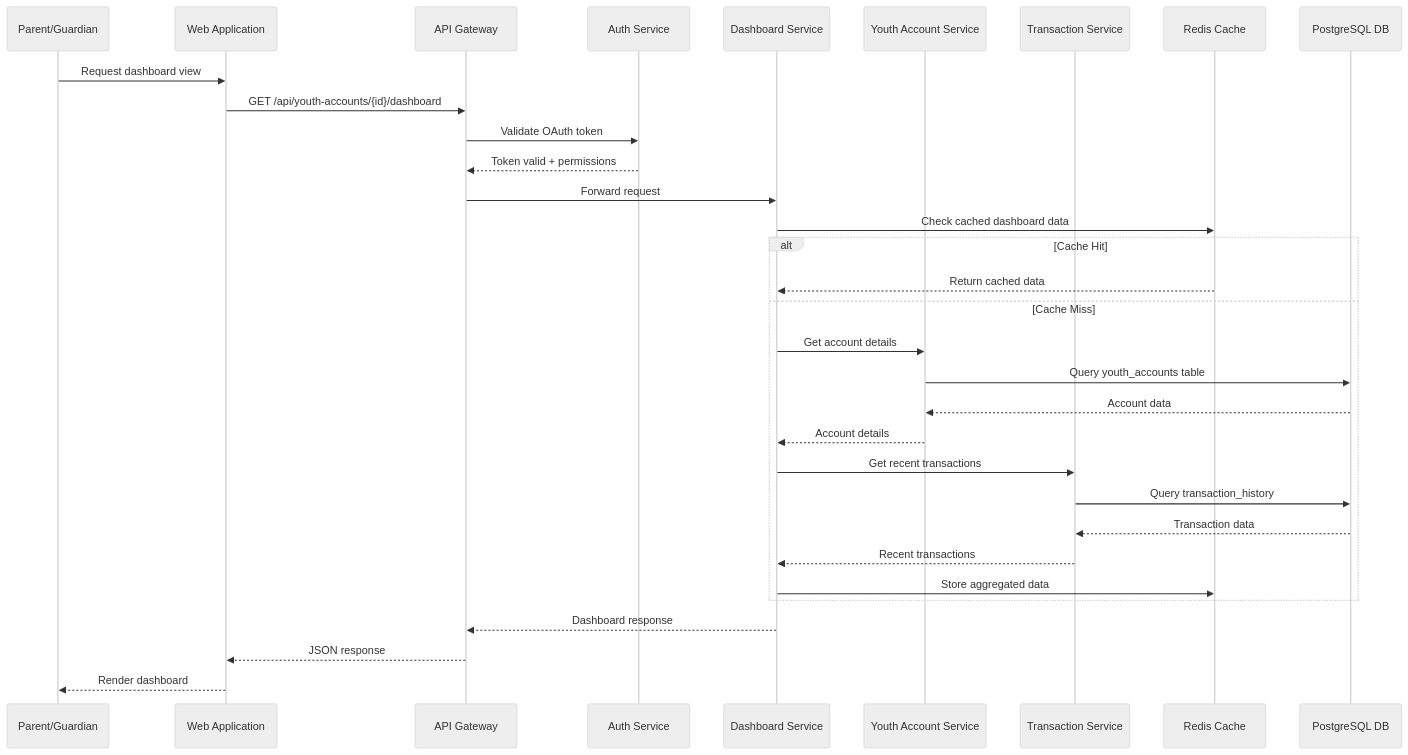
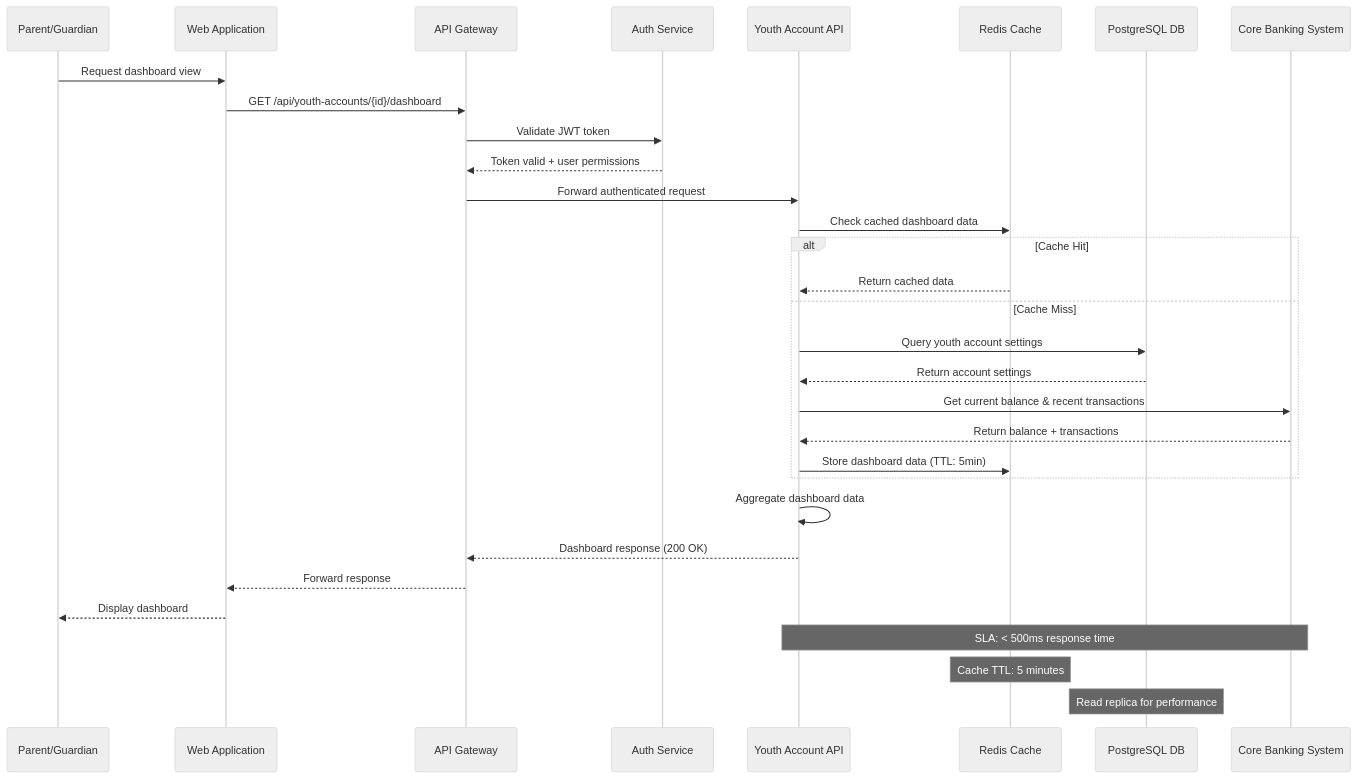
One commit to ThapaswiASC/SCIB-INCEPTION-PHASE-DEMO changed the first of 6 diagrams in API Development/Components and Sequence Diagrams/sequence_diagram.md. Above: the diagram before and after it, drawn with Mermaid (neutral theme). The commit also changed other lines of this file and 1 other file, not shown here.

````diff
--- a/API Development/Components and Sequence Diagrams/sequence_diagram.md
+++ b/API Development/Components and Sequence Diagrams/sequence_diagram.md
@@ -9,39 +11,37 @@
 ```mermaid
 sequenceDiagram
     participant Parent as Parent/Guardian
     participant WebApp as Web Application
-    participant APIGateway as API Gateway
-    participant AuthService as Auth Service
-    participant DashboardService as Dashboard Service
-    participant YouthService as Youth Account Service
-    participant TransactionService as Transaction Service
+    participant Gateway as API Gateway
+    participant AuthSvc as Auth Service
+    participant YouthAPI as Youth Account API
     participant Cache as Redis Cache
-    participant Database as PostgreSQL DB
-
+    participant DB as PostgreSQL DB
+    participant CoreBank as Core Banking System
+    
     Parent->>WebApp: Request dashboard view
-    WebApp->>APIGateway: GET /api/youth-accounts/{id}/dashboard
-    APIGateway->>AuthService: Validate OAuth token
-    AuthService-->>APIGateway: Token valid + permissions
-    APIGateway->>DashboardService: Forward request
+    WebApp->>Gateway: GET /api/youth-accounts/{id}/dashboard
+    Gateway->>AuthSvc: Validate JWT token
+    AuthSvc-->>Gateway: Token valid + user permissions
+    Gateway->>YouthAPI: Forward authenticated request
     
-    DashboardService->>Cache: Check cached dashboard data
+    YouthAPI->>Cache: Check cached dashboard data
     alt Cache Hit
-        Cache-->>DashboardService: Return cached data
+        Cache-->>YouthAPI: Return cached data
     else Cache Miss
-        DashboardService->>YouthService: Get account details
-        YouthService->>Database: Query youth_accounts table
-        Database-->>YouthService: Account data
-        YouthService-->>DashboardService: Account details
-        
-        DashboardService->>TransactionService: Get recent transactions
-        TransactionService->>Database: Query transaction_history
-        Database-->>TransactionService: Transaction data
-        TransactionService-->>DashboardService: Recent transactions
-        
-        DashboardService->>Cache: Store aggregated data
+        YouthAPI->>DB: Query youth account settings
+        DB-->>YouthAPI: Return account settings
+        YouthAPI->>CoreBank: Get current balance & recent transactions
+        CoreBank-->>YouthAPI: Return balance + transactions
+        YouthAPI->>Cache: Store dashboard data (TTL: 5min)
     end
     
-    DashboardService-->>APIGateway: Dashboard response
-    APIGateway-->>WebApp: JSON response
-    WebApp-->>Parent: Render dashboard
+    YouthAPI->>YouthAPI: Aggregate dashboard data
+    YouthAPI-->>Gateway: Dashboard response (200 OK)
+    Gateway-->>WebApp: Forward response
+    WebApp-->>Parent: Display dashboard
+    
+    Note over YouthAPI,CoreBank: SLA: < 500ms response time
+    Note over Cache: Cache TTL: 5 minutes
+    Note over DB: Read replica for performance
 ```
````
